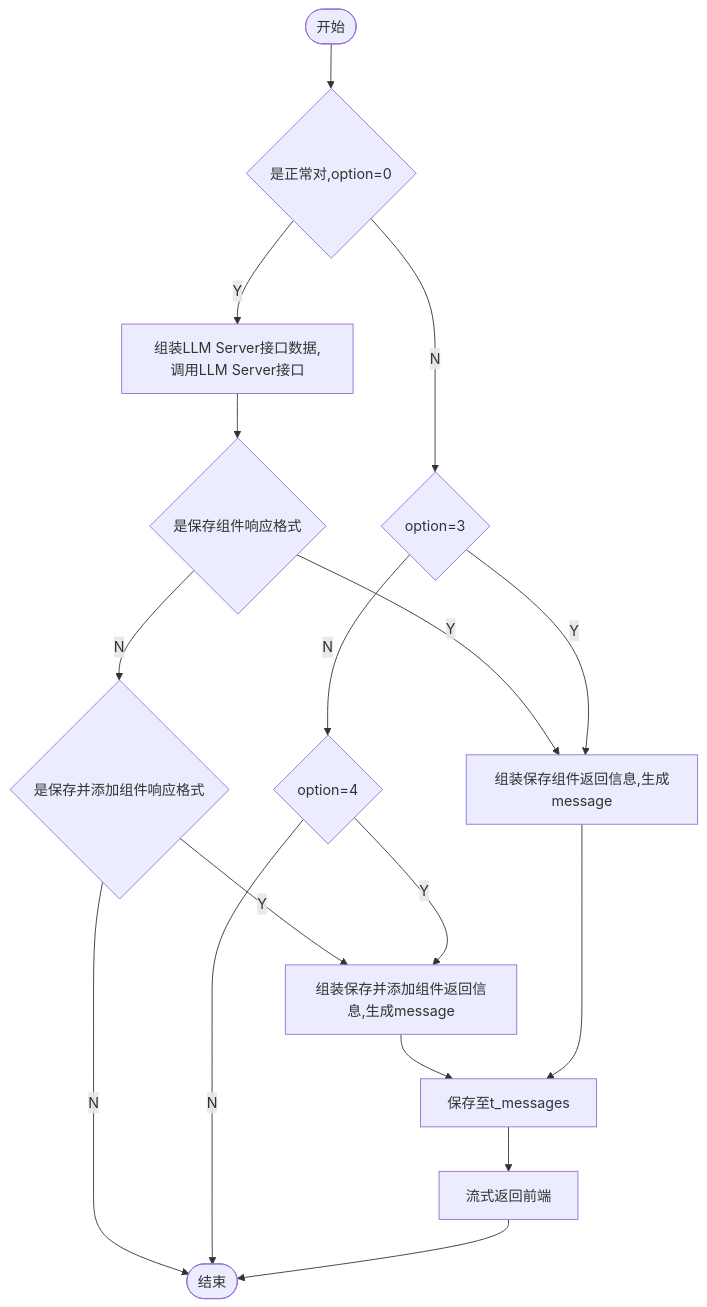
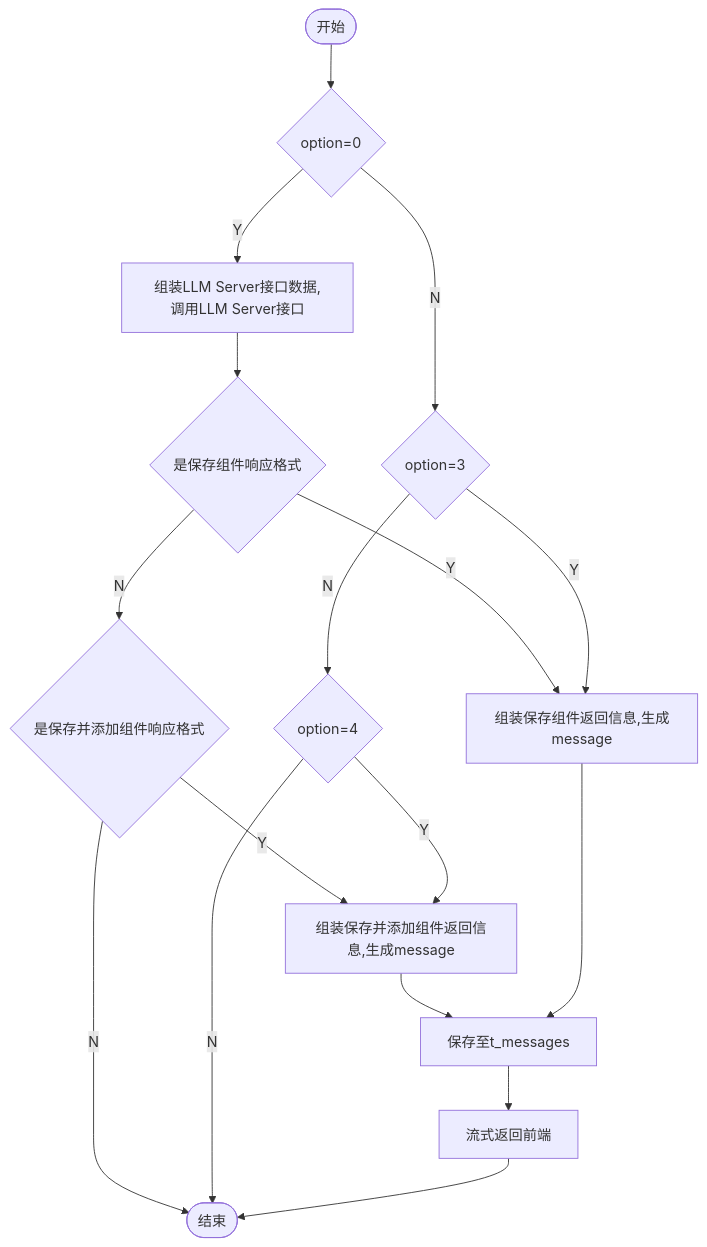
Before and after one commit to yingjianzh/iodraw-files: the diagram in all/添加保存组件.md, drawn with Mermaid.

Commit message:
2024-10-14 13:37:40 update

````diff
--- a/all/添加保存组件.md
+++ b/all/添加保存组件.md
@@ -1,19 +1,19 @@
 ```mermaid
 flowchart TD
-    A([开始]) --> B{是正常对,option=0}
+    A([开始]) --> B{option=0}
     B -- Y --> C[组装LLM Server接口数据,调用LLM Server接口]
     B -- N --> D{option=3}
     C --> E{是保存组件响应格式}
     E -- Y --> F[组装保存组件返回信息,生成message]
     E -- N --> L{是保存并添加组件响应格式}
     L -- Y --> K
     L -- N --> I
     D -- Y --> F
     D -- N --> J{option=4}
     J -- Y --> K[组装保存并添加组件返回信息,生成message]
     K --> G
     J -- N --> I
     F --> G[保存至t_messages]
     G --> H[流式返回前端]
     H --> I([结束])
 ```
````
